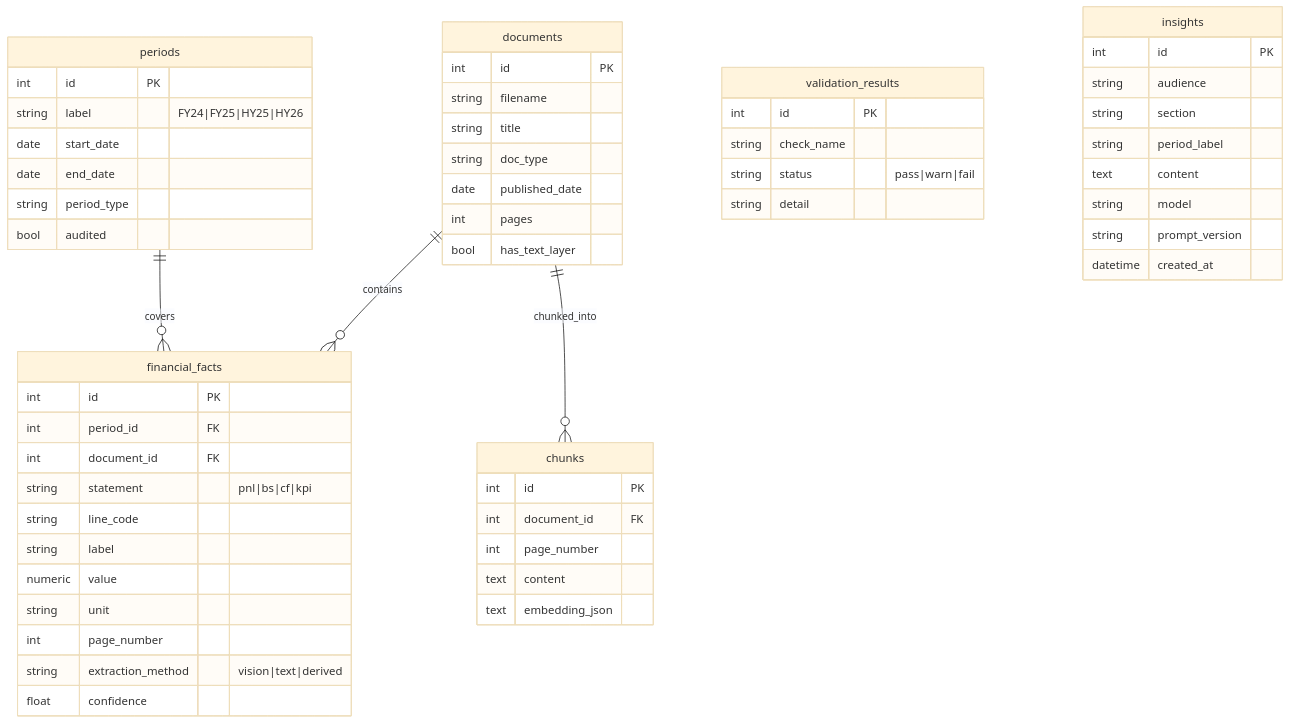
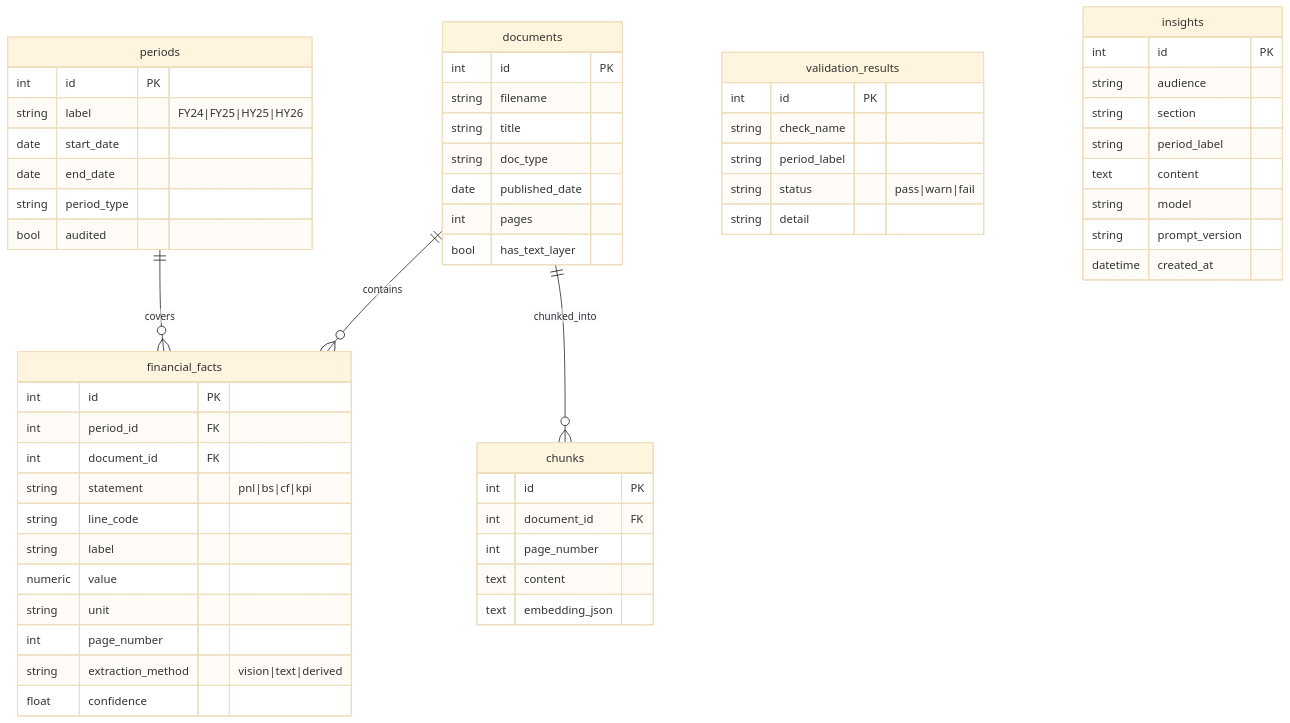
The fourth of 4 diagrams in docs/ARCHITECTURE.md (ANIKET2703/senus-board-report), drawn with Mermaid (base theme) before and after one commit. The commit also changed 2 other files, not shown here.

Commit message:
Fix lint: remove unused imports

````diff
--- a/docs/ARCHITECTURE.md
+++ b/docs/ARCHITECTURE.md
@@ -268,60 +268,61 @@
 ```mermaid
 erDiagram
     documents ||--o{ financial_facts : contains
     periods ||--o{ financial_facts : covers
     documents ||--o{ chunks : chunked_into
 
     documents {
         int id PK
         string filename
         string title
         string doc_type
         date published_date
         int pages
         bool has_text_layer
     }
     periods {
         int id PK
         string label "FY24|FY25|HY25|HY26"
         date start_date
         date end_date
         string period_type
         bool audited
     }
     financial_facts {
         int id PK
         int period_id FK
         int document_id FK
         string statement "pnl|bs|cf|kpi"
         string line_code
         string label
         numeric value
         string unit
         int page_number
         string extraction_method "vision|text|derived"
         float confidence
     }
     validation_results {
         int id PK
         string check_name
+        string period_label
         string status "pass|warn|fail"
         string detail
     }
     chunks {
         int id PK
         int document_id FK
         int page_number
         text content
         text embedding_json
     }
     insights {
         int id PK
         string audience
         string section
         string period_label
         text content
         string model
         string prompt_version
         datetime created_at
     }
 ```
````
